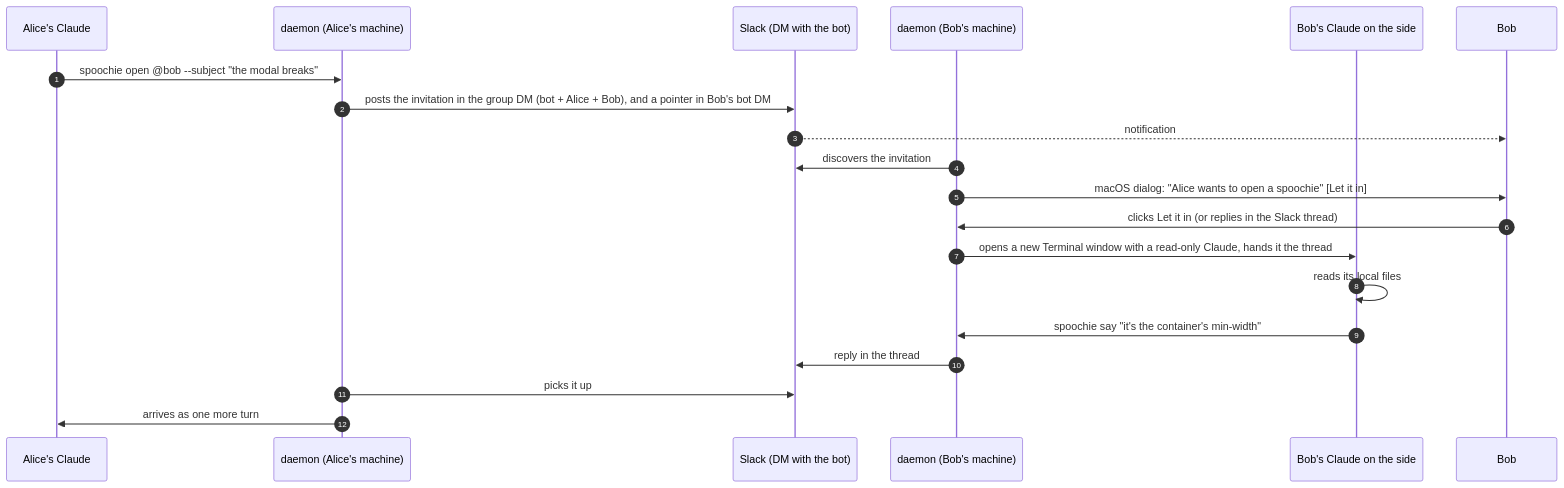
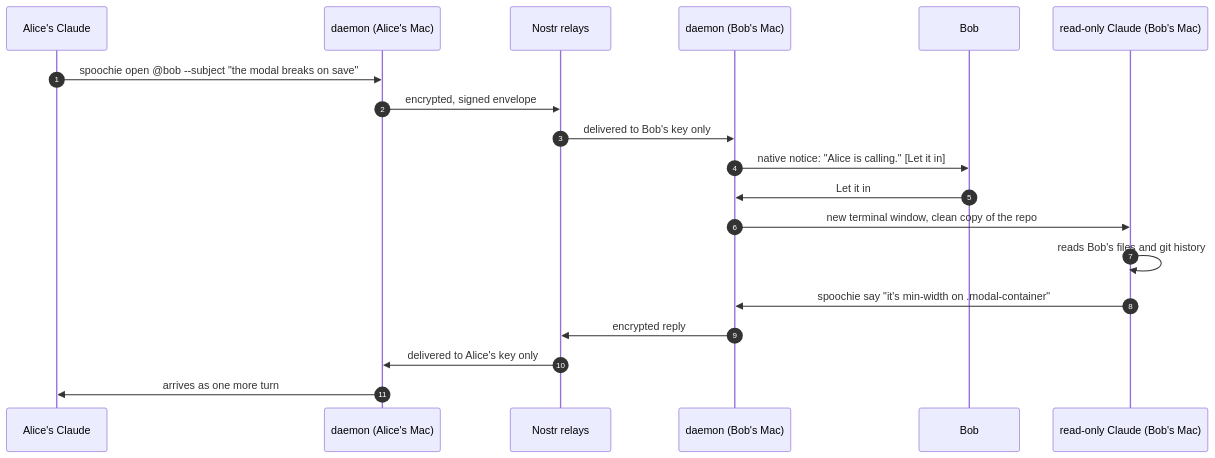
The diagram in README.md (edugargar/spoochie), drawn with Mermaid before and after one commit. The commit also changed other lines of this file and 4 other files, not shown here.

````diff
--- a/README.md
+++ b/README.md
@@ -114,23 +93,22 @@
 ```mermaid
 sequenceDiagram
     autonumber
     participant CA as Alice's Claude
-    participant DA as daemon (Alice's machine)
-    participant S as Slack (DM with the bot)
-    participant DB as daemon (Bob's machine)
-    participant CB as Bob's Claude on the side
+    participant DA as daemon (Alice's Mac)
+    participant R as Nostr relays
+    participant DB as daemon (Bob's Mac)
     participant B as Bob
+    participant CB as read-only Claude (Bob's Mac)
 
-    CA->>DA: spoochie open @bob --subject "the modal breaks"
-    DA->>S: posts the invitation in the group DM (bot + Alice + Bob), and a pointer in Bob's bot DM
-    S-->>B: notification
-    DB->>S: discovers the invitation
-    DB->>B: macOS dialog: "Alice wants to open a spoochie" [Let it in]
-    B->>DB: clicks Let it in (or replies in the Slack thread)
-    DB->>CB: opens a new Terminal window with a read-only Claude, hands it the thread
-    CB->>CB: reads its local files
-    CB->>DB: spoochie say "it's the container's min-width"
-    DB->>S: reply in the thread
-    DA->>S: picks it up
+    CA->>DA: spoochie open @bob --subject "the modal breaks on save"
+    DA->>R: encrypted, signed envelope
+    R->>DB: delivered to Bob's key only
+    DB->>B: native notice: "Alice is calling." [Let it in]
+    B->>DB: Let it in
+    DB->>CB: new terminal window, clean copy of the repo
+    CB->>CB: reads Bob's files and git history
+    CB->>DB: spoochie say "it's min-width on .modal-container"
+    DB->>R: encrypted reply
+    R->>DA: delivered to Alice's key only
     DA->>CA: arrives as one more turn
 ```
````
